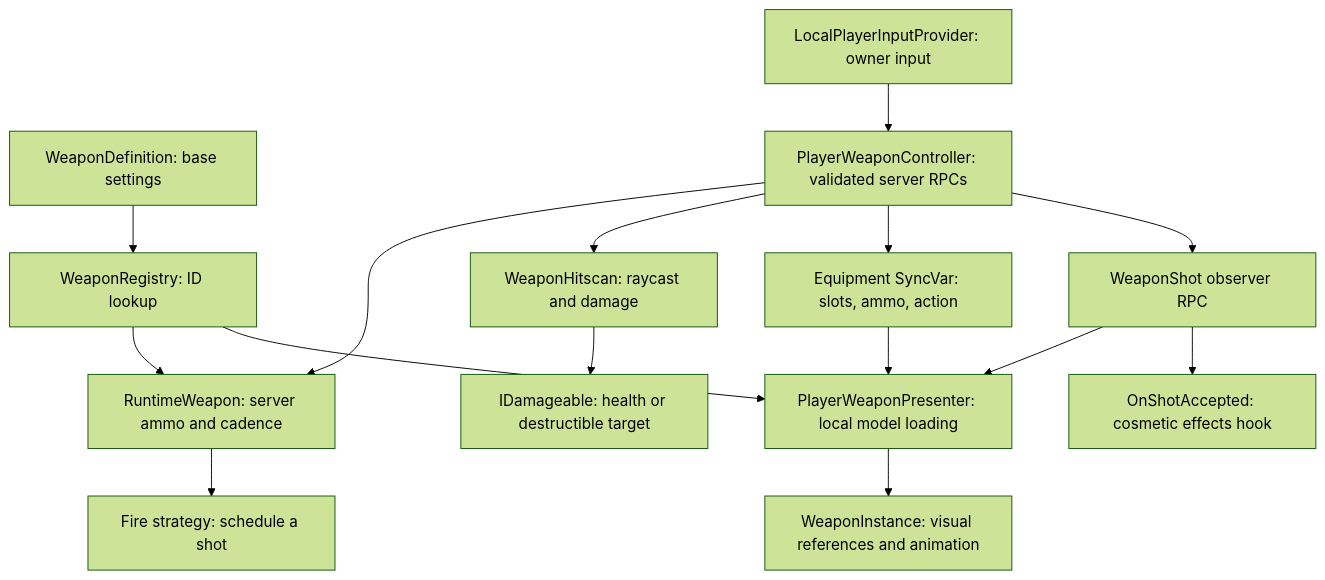
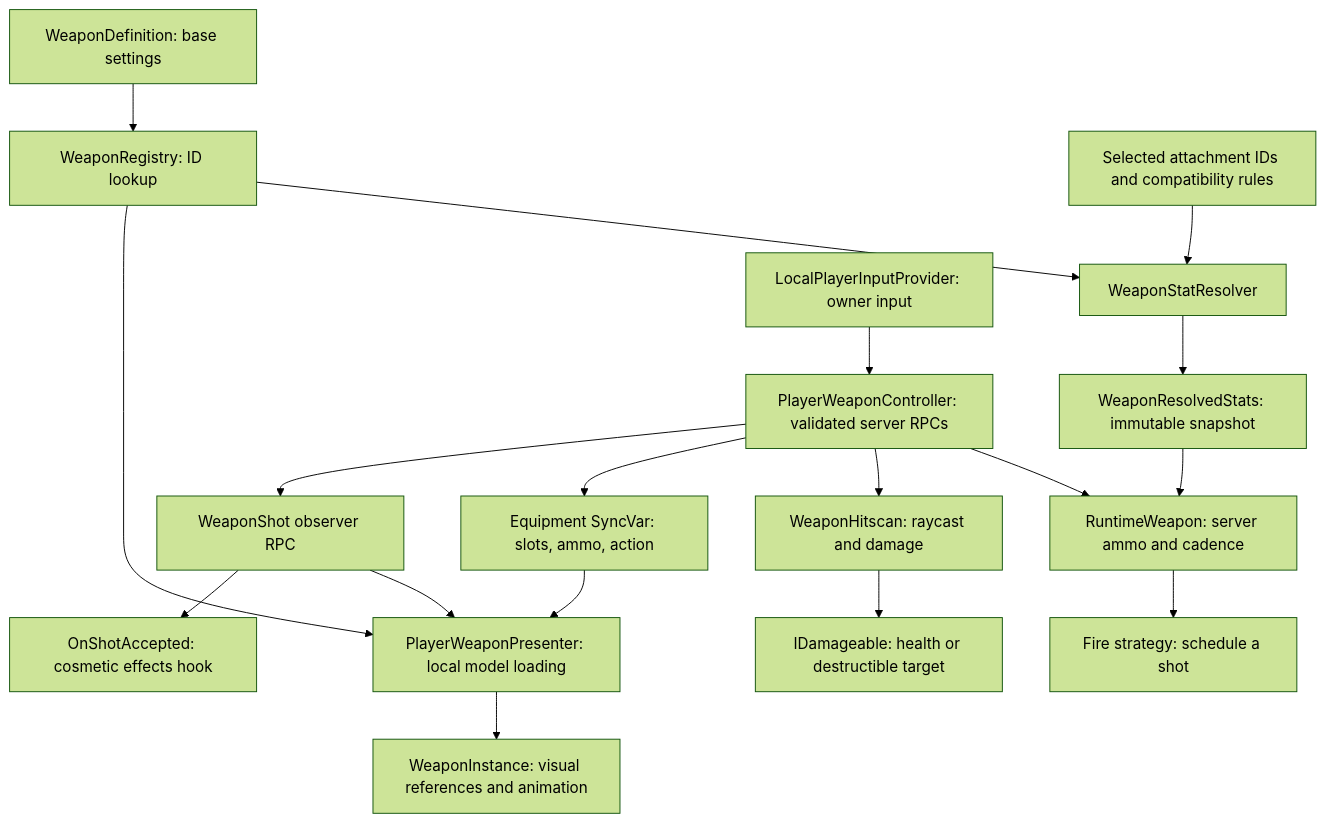
One commit to PedronsaDev/get-the-bag changed the diagram in Docs/Weapons.md. Above: the diagram before and after it, drawn with Mermaid (forest theme). The commit also changed other lines of this file and 39 other files, not shown here.

````diff
--- a/Docs/Weapons.md
+++ b/Docs/Weapons.md
@@ -10,17 +11,20 @@
 ```mermaid
 flowchart TD
     D[WeaponDefinition: base settings] --> R[WeaponRegistry: ID lookup]
-    R --> W[RuntimeWeapon: server ammo and cadence]
+    R --> SR[WeaponStatResolver]
+    A[Selected attachment IDs and compatibility rules] --> SR
+    SR --> RS[WeaponResolvedStats: immutable snapshot]
+    RS --> W[RuntimeWeapon: server ammo and cadence]
     I[LocalPlayerInputProvider: owner input] --> C[PlayerWeaponController: validated server RPCs]
     C --> W
     W --> F[Fire strategy: schedule a shot]
     C --> H[WeaponHitscan: raycast and damage]
     H --> HP[IDamageable: health or destructible target]
     C --> S[Equipment SyncVar: slots, ammo, action]
     S --> P[PlayerWeaponPresenter: local model loading]
     R --> P
     P --> V[WeaponInstance: visual references and animation]
     C --> E[WeaponShot observer RPC]
     E --> P
     E --> FX[OnShotAccepted: cosmetic effects hook]
 ```
````
